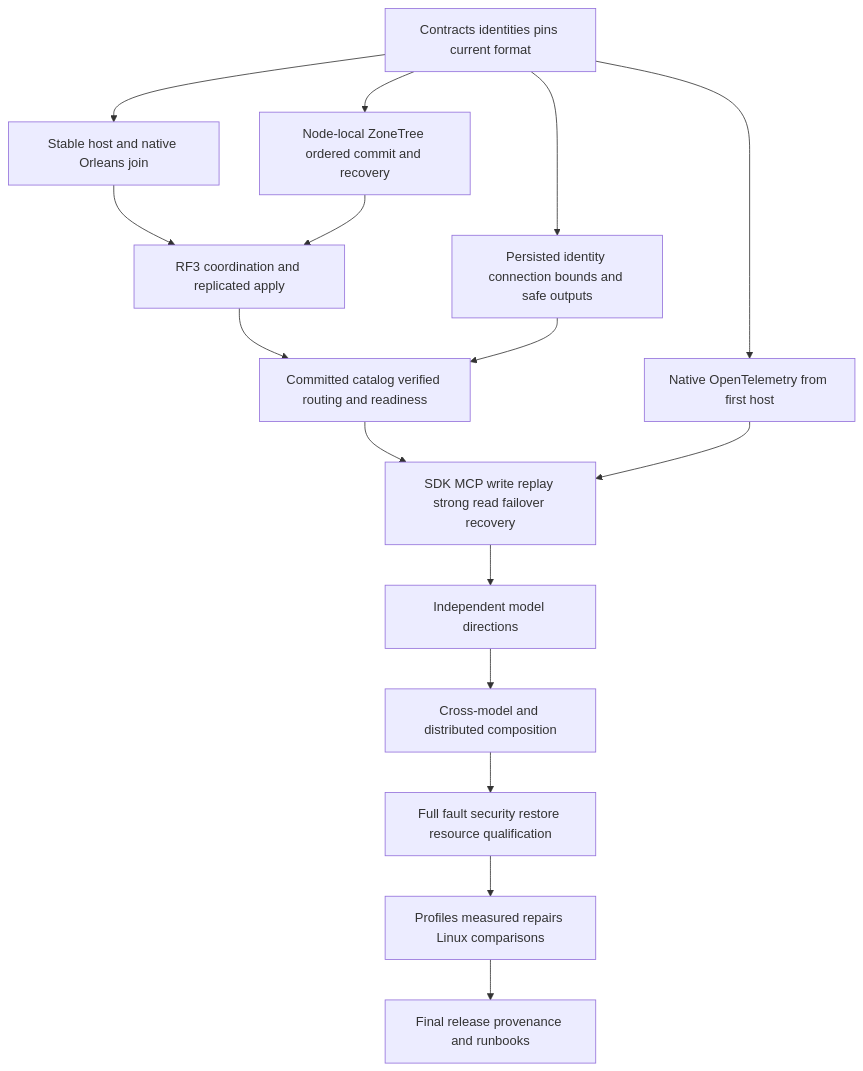
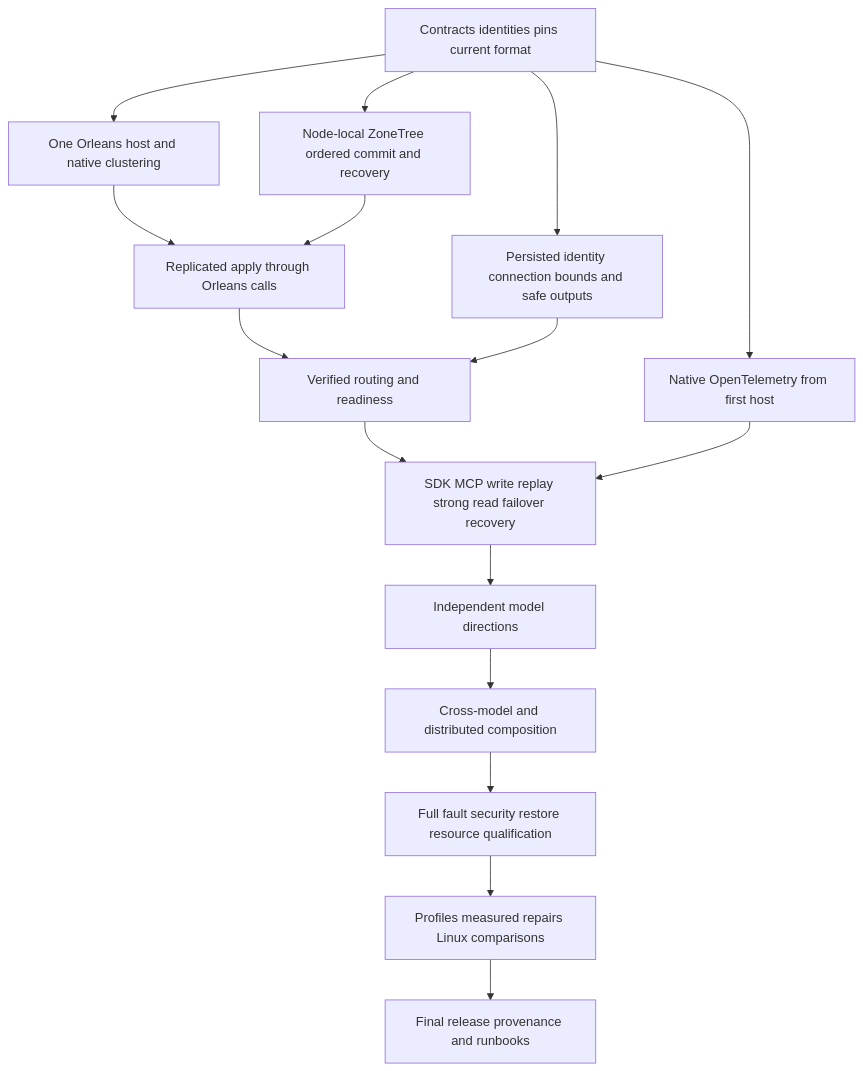
Before and after one commit to managedcode/KeyLoad: the diagram in docs/Features/RepositoryGovernance/FoundationDelivery.md, drawn with Mermaid. The commit also changed other lines of this file and 271 other files, not shown here.

````diff
--- a/docs/Features/RepositoryGovernance/FoundationDelivery.md
+++ b/docs/Features/RepositoryGovernance/FoundationDelivery.md
@@ -78,18 +82,18 @@
 ```mermaid
 flowchart TD
-    C[Contracts identities pins current format] --> H[Stable host and native Orleans join]
+    C[Contracts identities pins current format] --> H[One Orleans host and native clustering]
     C --> S[Node-local ZoneTree ordered commit and recovery]
     C --> A[Persisted identity connection bounds and safe outputs]
     C --> O[Native OpenTelemetry from first host]
-    H --> R[RF3 coordination and replicated apply]
+    H --> R[Replicated apply through Orleans calls]
     S --> R
-    R --> B[Committed catalog verified routing and readiness]
+    R --> B[Verified routing and readiness]
     A --> B
     B --> G[SDK MCP write replay strong read failover recovery]
     O --> G
     G --> M[Independent model directions]
     M --> X[Cross-model and distributed composition]
     X --> Q[Full fault security restore resource qualification]
     Q --> P[Profiles measured repairs Linux comparisons]
     P --> D[Final release provenance and runbooks]
 ```
````
